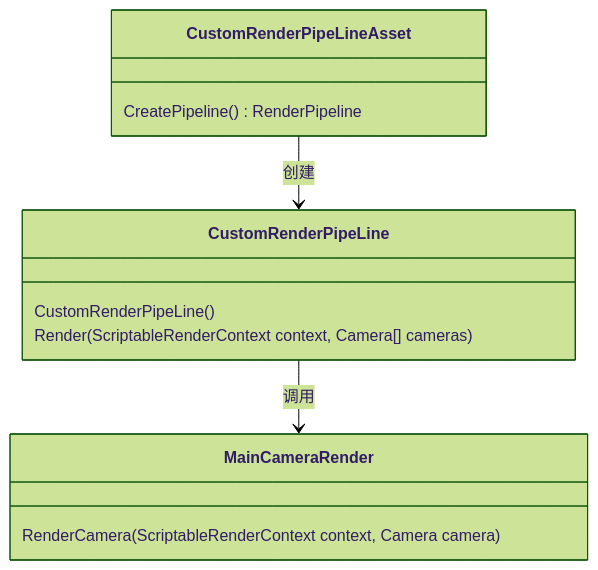
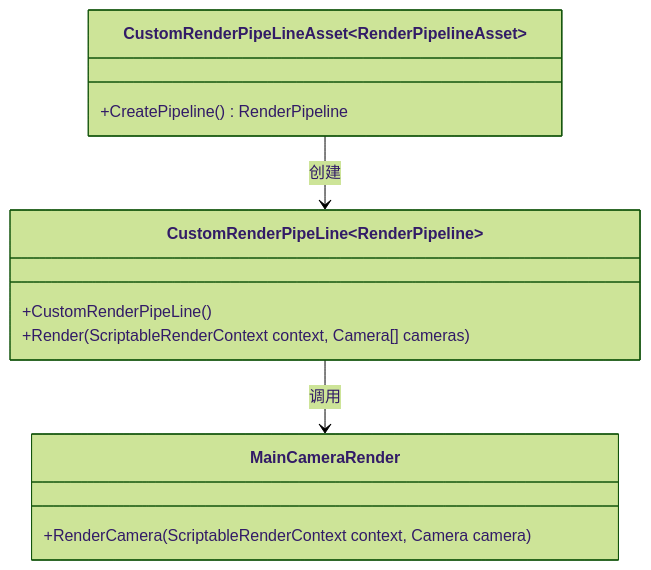
Before and after one commit to Conerlius/conerlius.github.io: the diagram in _posts/Shaders_Tutorial/2020-06-10-unity SRP下shader.md, drawn with Mermaid (forest theme). The commit also changed other lines of this file and 1 other file, not shown here.

````diff
--- a/_posts/Shaders_Tutorial/2020-06-10-unity SRP下shader.md
+++ b/_posts/Shaders_Tutorial/2020-06-10-unity SRP下shader.md
@@ -23,15 +23,15 @@
 ```mermaid
 classDiagram
-    class CustomRenderPipeLineAsset {
-        CreatePipeline() RenderPipeline
+    class CustomRenderPipeLineAsset~RenderPipelineAsset~{
+        +CreatePipeline() RenderPipeline
     }
-    class CustomRenderPipeLine{
-        CustomRenderPipeLine()
-        Render(ScriptableRenderContext context, Camera[] cameras)
+    class CustomRenderPipeLine~RenderPipeline~{
+        +CustomRenderPipeLine()
+        +Render(ScriptableRenderContext context, Camera[] cameras)
     }
     class MainCameraRender{
-        RenderCamera(ScriptableRenderContext context, Camera camera)
+        +RenderCamera(ScriptableRenderContext context, Camera camera)
     }
     CustomRenderPipeLineAsset-->CustomRenderPipeLine : 创建
     CustomRenderPipeLine-->MainCameraRender : 调用
 ```
````
